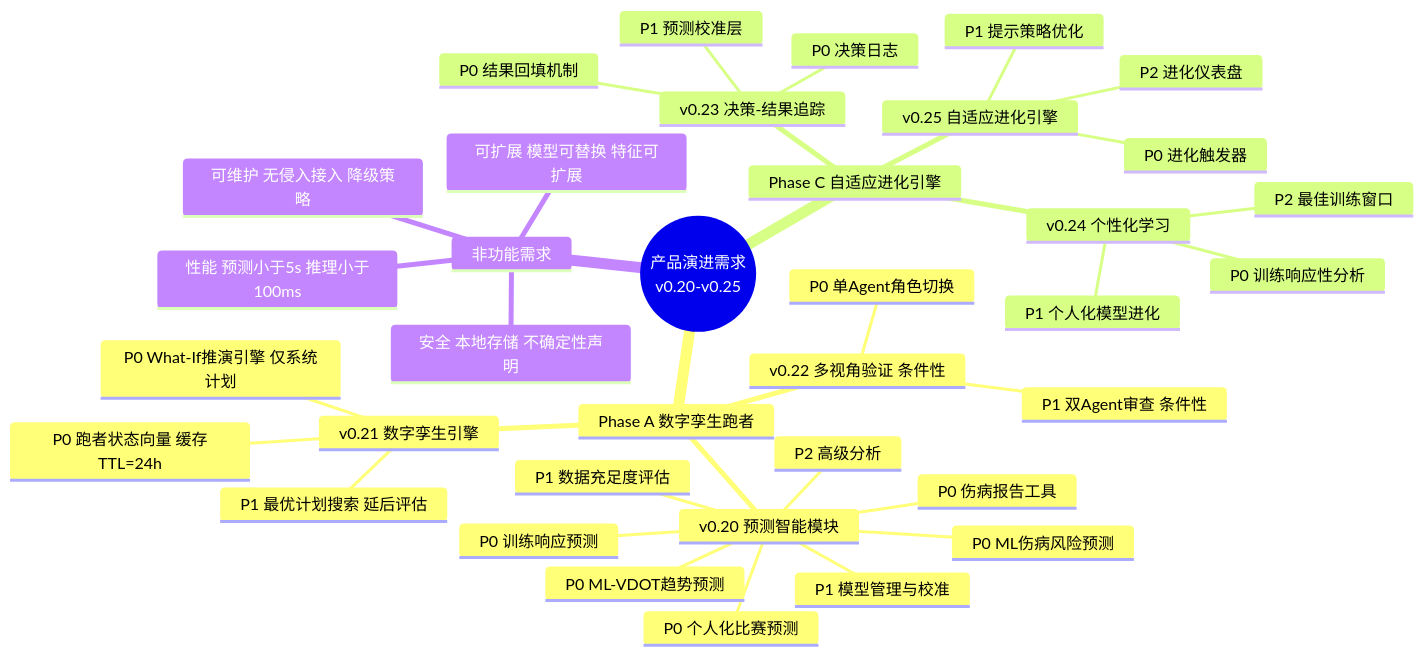
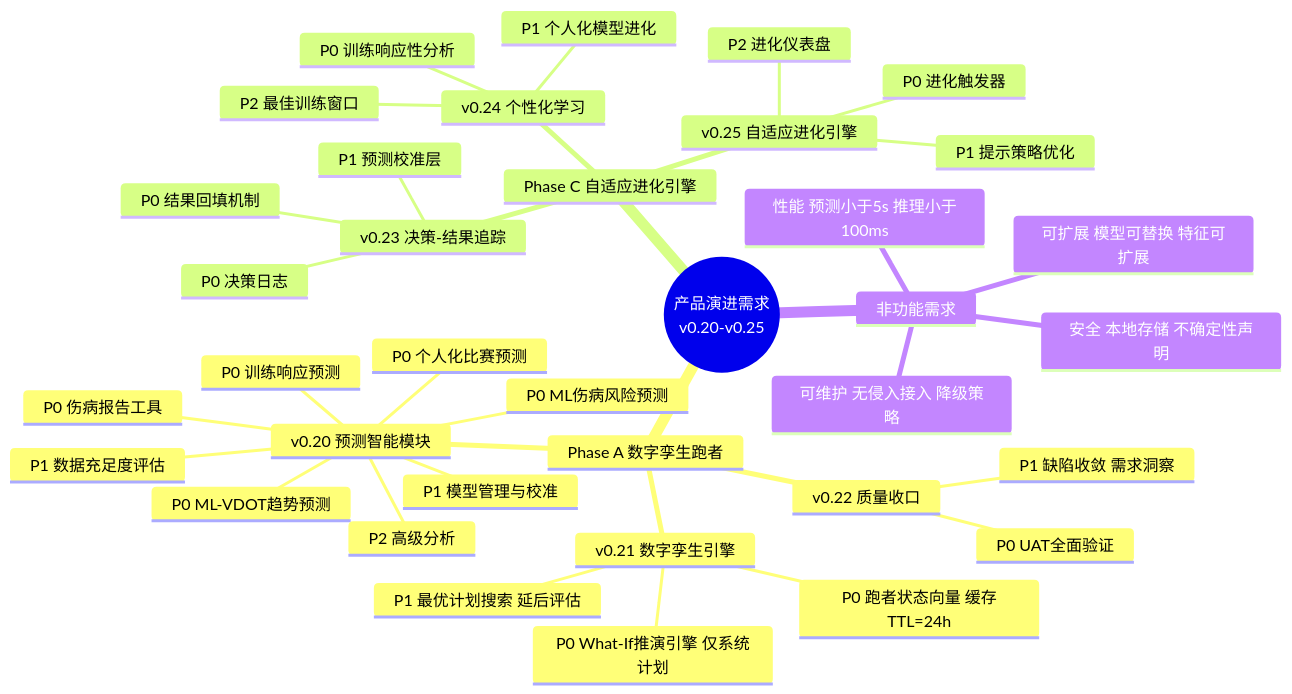
One commit to yecllsl/nanobot-runner changed the second of 2 diagrams in docs/requirements/REQ_需求规格说明书.md. Above: the diagram before and after it, drawn with Mermaid. The commit also changed other lines of this file and 4 other files, not shown here.

````diff
--- a/docs/requirements/REQ_需求规格说明书.md
+++ b/docs/requirements/REQ_需求规格说明书.md
@@ -1096,39 +624,39 @@
 ```mermaid
 mindmap
   root((产品演进需求<br/>v0.20-v0.25))
     Phase A 数字孪生跑者
       v0.20 预测智能模块
         P0 ML-VDOT趋势预测
         P0 个人化比赛预测
         P0 ML伤病风险预测
         P0 伤病报告工具
         P0 训练响应预测
         P1 模型管理与校准
         P1 数据充足度评估
         P2 高级分析
       v0.21 数字孪生引擎
         P0 跑者状态向量 缓存TTL=24h
         P0 What-If推演引擎 仅系统计划
         P1 最优计划搜索 延后评估
-      v0.22 多视角验证 条件性
-        P0 单Agent角色切换
-        P1 双Agent审查 条件性
+      v0.22 质量收口
+        P0 UAT全面验证
+        P1 缺陷收敛 需求洞察
     Phase C 自适应进化引擎
       v0.23 决策-结果追踪
         P0 决策日志
         P0 结果回填机制
         P1 预测校准层
       v0.24 个性化学习
         P0 训练响应性分析
         P1 个人化模型进化
         P2 最佳训练窗口
       v0.25 自适应进化引擎
         P0 进化触发器
         P1 提示策略优化
         P2 进化仪表盘
     非功能需求
       性能 预测小于5s 推理小于100ms
       安全 本地存储 不确定性声明
       可维护 无侵入接入 降级策略
       可扩展 模型可替换 特征可扩展
 ```
````
